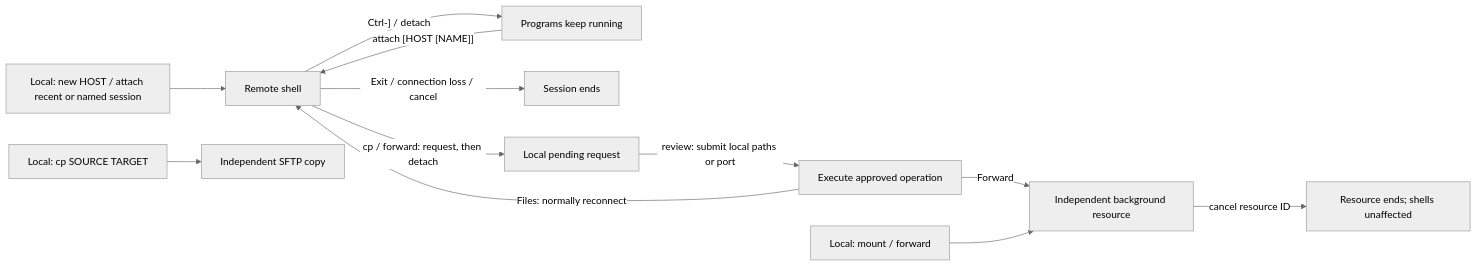
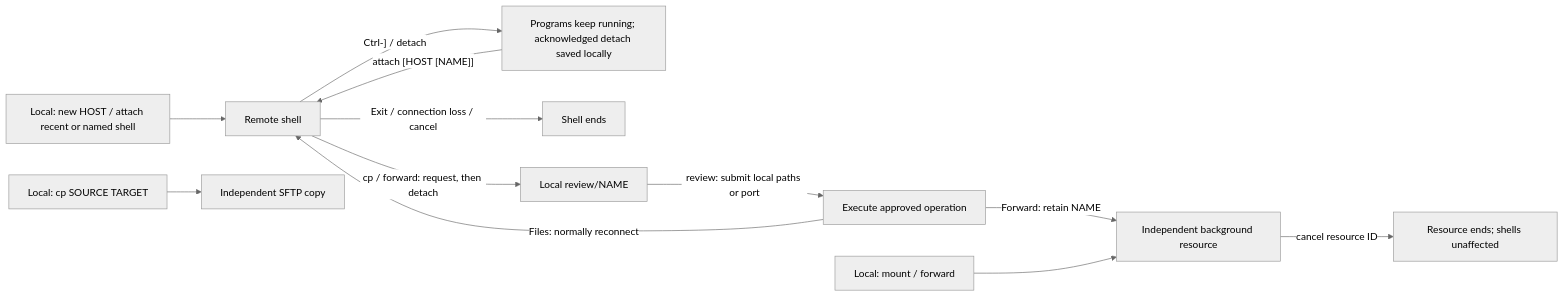
Before and after one commit to jay-waves/sshore: the diagram in README.md, drawn with Mermaid (neutral theme). The commit also changed other lines of this file and 64 other files, not shown here.

````diff
--- a/README.md
+++ b/README.md
@@ -91,14 +94,14 @@
 ```mermaid
 flowchart LR
-    connect["Local: new HOST / attach recent or named session"] --> session["Remote shell"]
-    session -->|"Ctrl-] / detach"| detached["Programs keep running"]
-    detached -->|"attach [HOST [NAME]]"| session
-    session -->|"Exit / connection loss / cancel"| ended["Session ends"]
-    session -->|"cp / forward: request, then detach"| pending["Local pending request"]
+    connect["Local: new HOST / attach recent or named shell"] --> shell["Remote shell"]
+    shell -->|"Ctrl-] / detach"| detached["Programs keep running; acknowledged detach saved locally"]
+    detached -->|"attach [HOST [NAME]]"| shell
+    shell -->|"Exit / connection loss / cancel"| ended["Shell ends"]
+    shell -->|"cp / forward: request, then detach"| pending["Local review/NAME"]
     pending -->|"review: submit local paths or port"| approved["Execute approved operation"]
-    approved -->|"Files: normally reconnect"| session
-    approved -->|"Forward"| resource["Independent background resource"]
+    approved -->|"Files: normally reconnect"| shell
+    approved -->|"Forward: retain NAME"| resource["Independent background resource"]
     local["Local: mount / forward"] --> resource
     copy["Local: cp SOURCE TARGET"] --> files["Independent SFTP copy"]
     resource -->|"cancel resource ID"| stopped["Resource ends; shells unaffected"]
 ```
````
